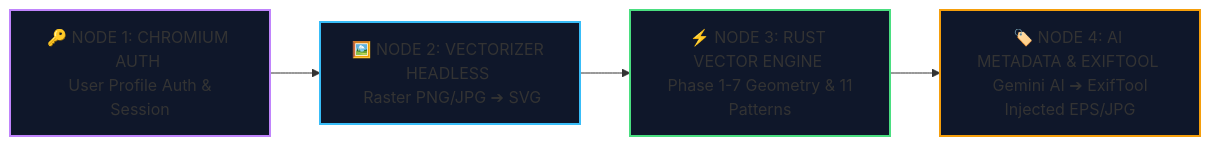
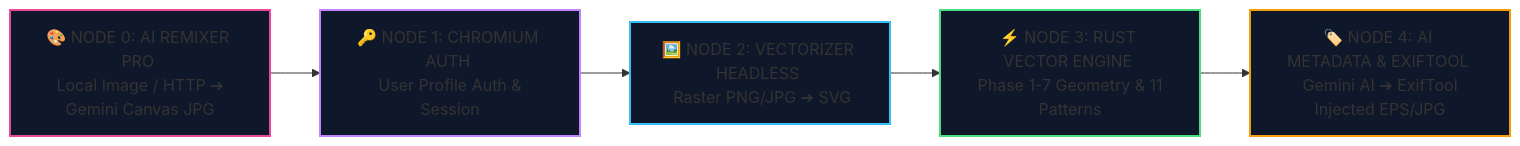
Before and after one commit to panji012/vector_engine: the diagram in README.md, drawn with Mermaid. The commit also changed other lines of this file and 5 other files, not shown here.

Commit message:
feat: integrate Node 0 (AI Concept Remixer Pro) into 5-node ComfyUI web dashboard

````diff
--- a/README.md
+++ b/README.md
@@ -23,17 +24,20 @@
 ```mermaid
 graph LR
     %% Style Definitions
+    classDef node0 fill:#0f172a,stroke:#ec4899,stroke-width:2px;
     classDef node1 fill:#0f172a,stroke:#c084fc,stroke-width:2px;
     classDef node2 fill:#0f172a,stroke:#38bdf8,stroke-width:2px;
     classDef node3 fill:#0f172a,stroke:#4ade80,stroke-width:2px;
     classDef node4 fill:#0f172a,stroke:#f59e0b,stroke-width:2px;
 
+    N0["🎨 NODE 0: AI REMIXER PRO <br> Local Image / HTTP ➔ Gemini Canvas JPG"]:::node0
     N1["🔑 NODE 1: CHROMIUM AUTH <br> User Profile Auth & Session"]:::node1
     N2["🖼️ NODE 2: VECTORIZER HEADLESS <br> Raster PNG/JPG ➔ SVG"]:::node2
     N3["⚡ NODE 3: RUST VECTOR ENGINE <br> Phase 1-7 Geometry & 11 Patterns"]:::node3
     N4["🏷️ NODE 4: AI METADATA & EXIFTOOL <br> Gemini AI ➔ ExifTool Injected EPS/JPG"]:::node4
 
+    N0 --> N1
     N1 --> N2
     N2 --> N3
     N3 --> N4
 ```
````
